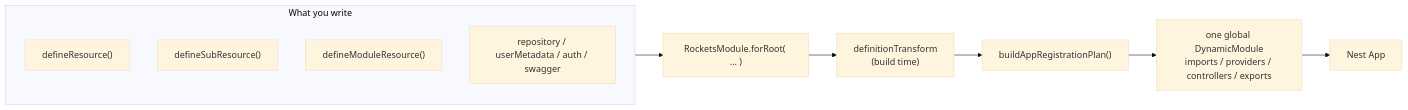
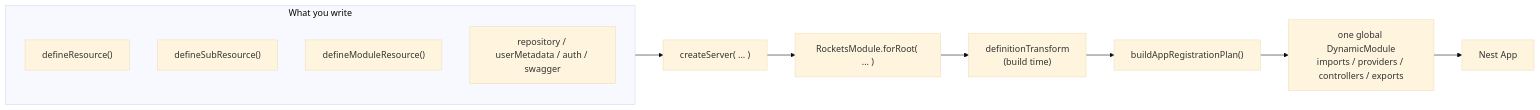
Before and after one commit to conceptadev/rockets: the first of 6 diagrams in CONFIGURATION.md, drawn with Mermaid (base theme). The commit also changed other lines of this file and 173 other files, not shown here.

````diff
--- a/CONFIGURATION.md
+++ b/CONFIGURATION.md
@@ -19,14 +20,15 @@
 ```mermaid
 flowchart LR
   subgraph YOU["What you write"]
     R["defineResource()"]
     S["defineSubResource()"]
     M["defineModuleResource()"]
     OPT["repository / userMetadata / auth / swagger"]
   end
-  YOU --> FORROOT["RocketsModule.forRoot( ... )"]
+  YOU --> CREATE["createServer( ... )"]
+  CREATE --> FORROOT["RocketsModule.forRoot( ... )"]
   FORROOT --> XFORM["definitionTransform\n(build time)"]
   XFORM --> PLAN["buildAppRegistrationPlan()"]
   PLAN --> DM["one global DynamicModule\nimports / providers / controllers / exports"]
   DM --> APP["Nest App"]
 ```
````
